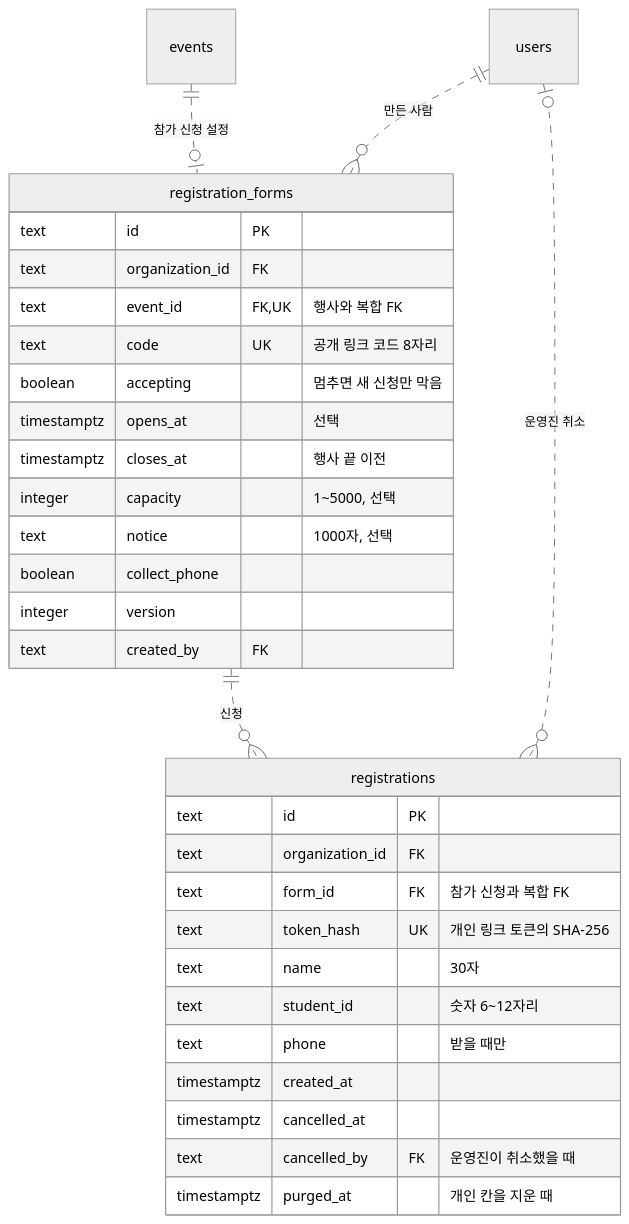
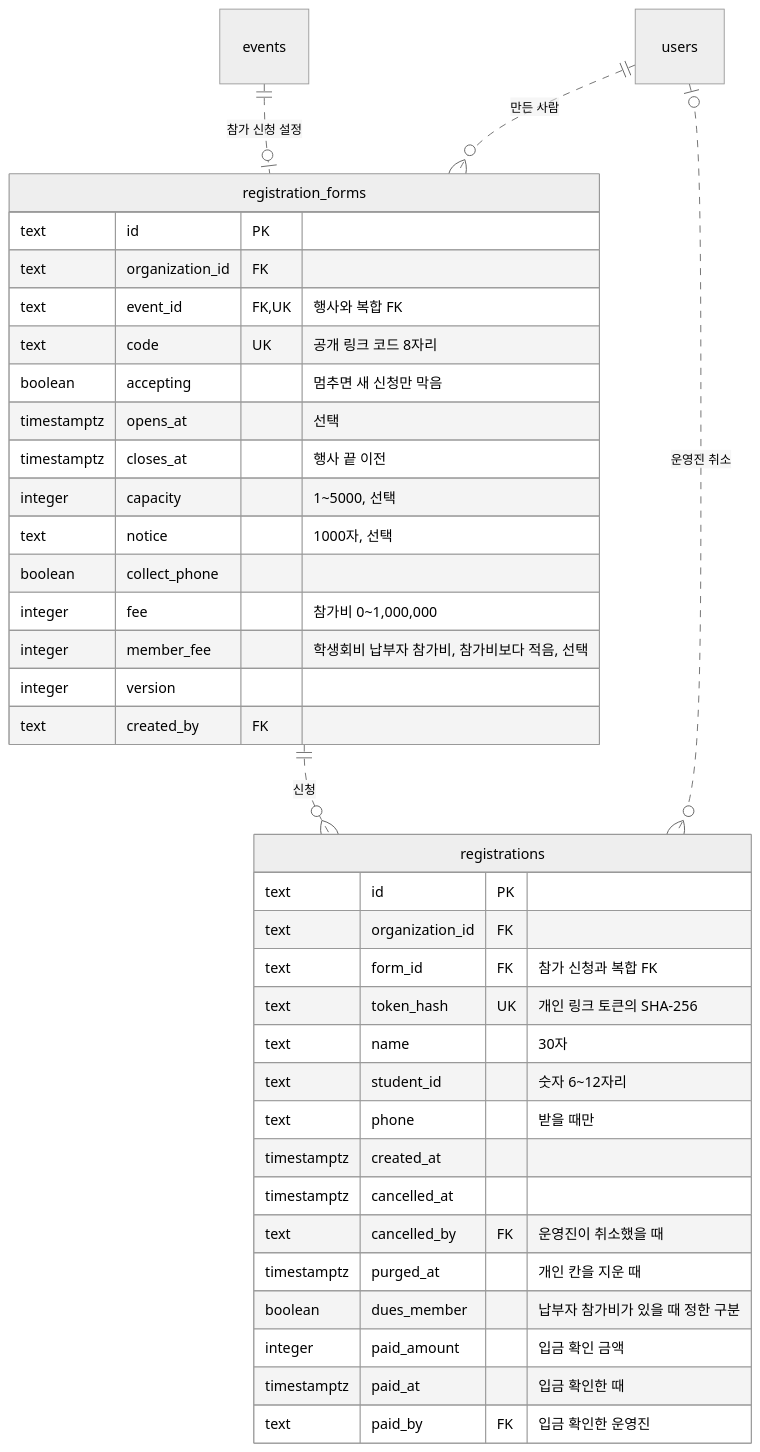
The seventh of 9 diagrams in docs/ERD.md (vada-hq/vada), drawn with Mermaid (neutral theme) before and after one commit. The commit also changed other lines of this file and 1 other file, not shown here.

````diff
--- a/docs/ERD.md
+++ b/docs/ERD.md
@@ -420,35 +420,41 @@
 ```mermaid
 erDiagram
     events ||..o| registrationForms : "참가 신청 설정"
     registrationForms ||..o{ registrations : "신청"
     users ||..o{ registrationForms : "만든 사람"
     users |o..o{ registrations : "운영진 취소"
 
     registrationForms["registration_forms"] {
         text id PK
         text organization_id FK
         text event_id FK, UK "행사와 복합 FK"
         text code UK "공개 링크 코드 8자리"
         boolean accepting "멈추면 새 신청만 막음"
         timestamptz opens_at "선택"
         timestamptz closes_at "행사 끝 이전"
         integer capacity "1~5000, 선택"
         text notice "1000자, 선택"
         boolean collect_phone
+        integer fee "참가비 0~1,000,000"
+        integer member_fee "학생회비 납부자 참가비, 참가비보다 적음, 선택"
         integer version
         text created_by FK
     }
     registrations {
         text id PK
         text organization_id FK
         text form_id FK "참가 신청과 복합 FK"
         text token_hash UK "개인 링크 토큰의 SHA-256"
         text name "30자"
         text student_id "숫자 6~12자리"
         text phone "받을 때만"
         timestamptz created_at
         timestamptz cancelled_at
         text cancelled_by FK "운영진이 취소했을 때"
         timestamptz purged_at "개인 칸을 지운 때"
+        boolean dues_member "납부자 참가비가 있을 때 정한 구분"
+        integer paid_amount "입금 확인 금액"
+        timestamptz paid_at "입금 확인한 때"
+        text paid_by FK "입금 확인한 운영진"
     }
 ```
````
